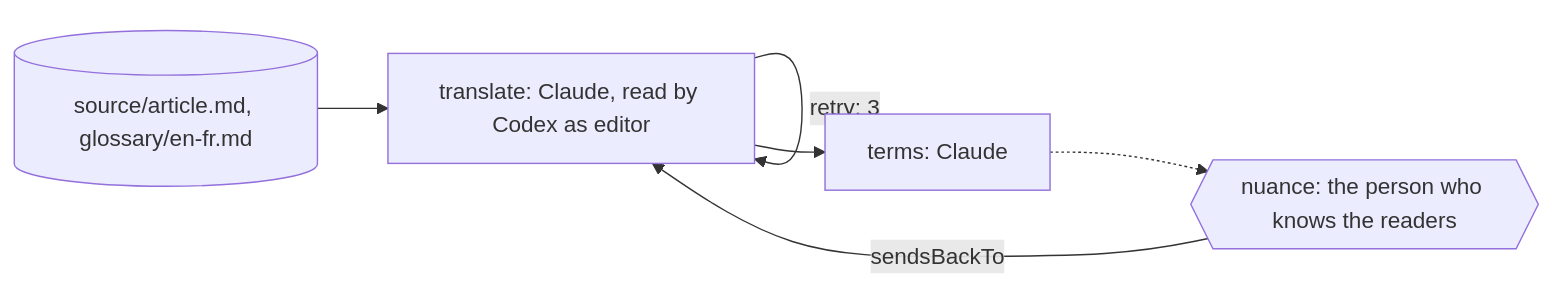
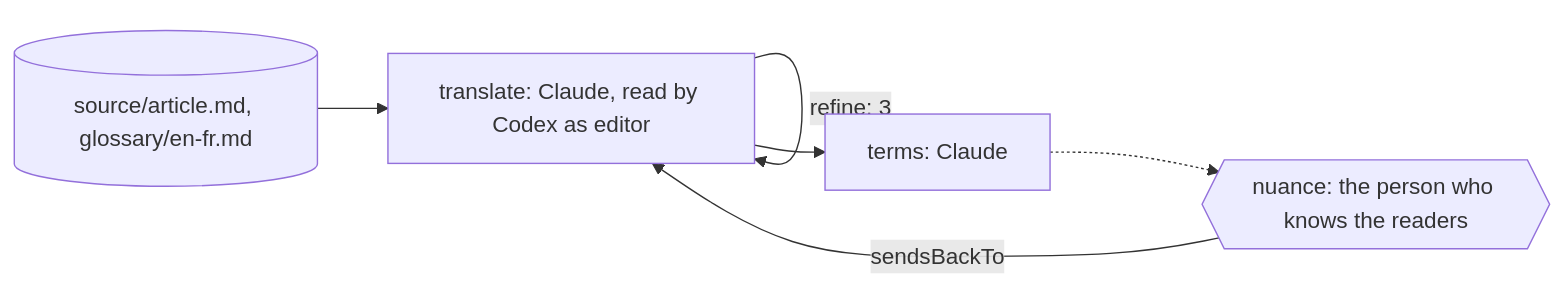
One commit to jonny981/obversa changed the diagram in docs/public/workflows/translate-reflect.mdx. Above: the diagram before and after it, drawn with Mermaid. The commit also changed other lines of this file and 18 other files, not shown here.

````diff
--- a/docs/public/workflows/translate-reflect.mdx
+++ b/docs/public/workflows/translate-reflect.mdx
@@ -271,8 +271,8 @@
 ```mermaid
 flowchart LR
   source[("source/article.md, glossary/en-fr.md")] --> translate["translate: Claude, read by Codex as editor"]
-  translate -->|"retry: 3"| translate
+  translate -->|"refine: 3"| translate
   translate --> terms["terms: Claude"]
   terms -.-> nuance{{"nuance: the person who knows the readers"}}
   nuance -->|sendsBackTo| translate
 ```
````
